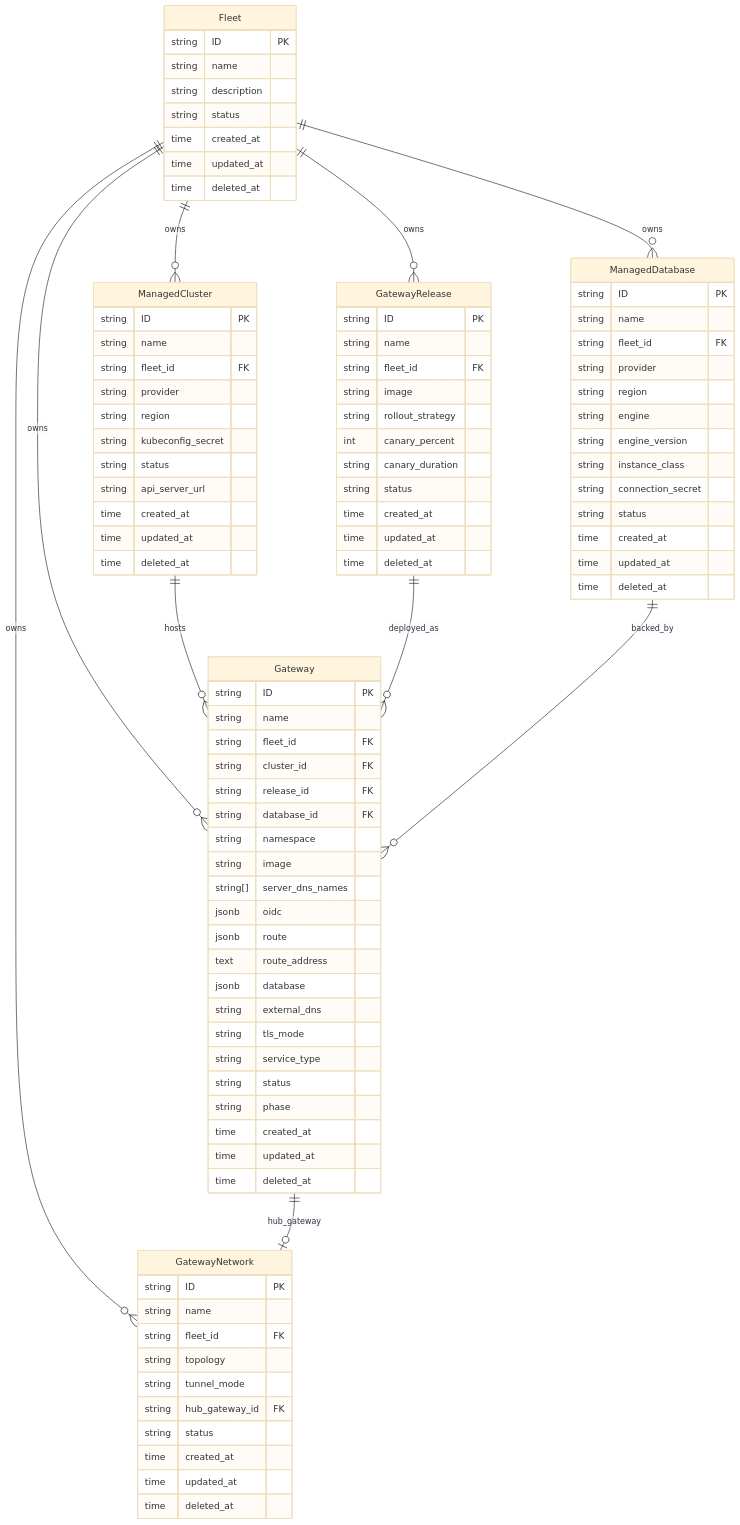
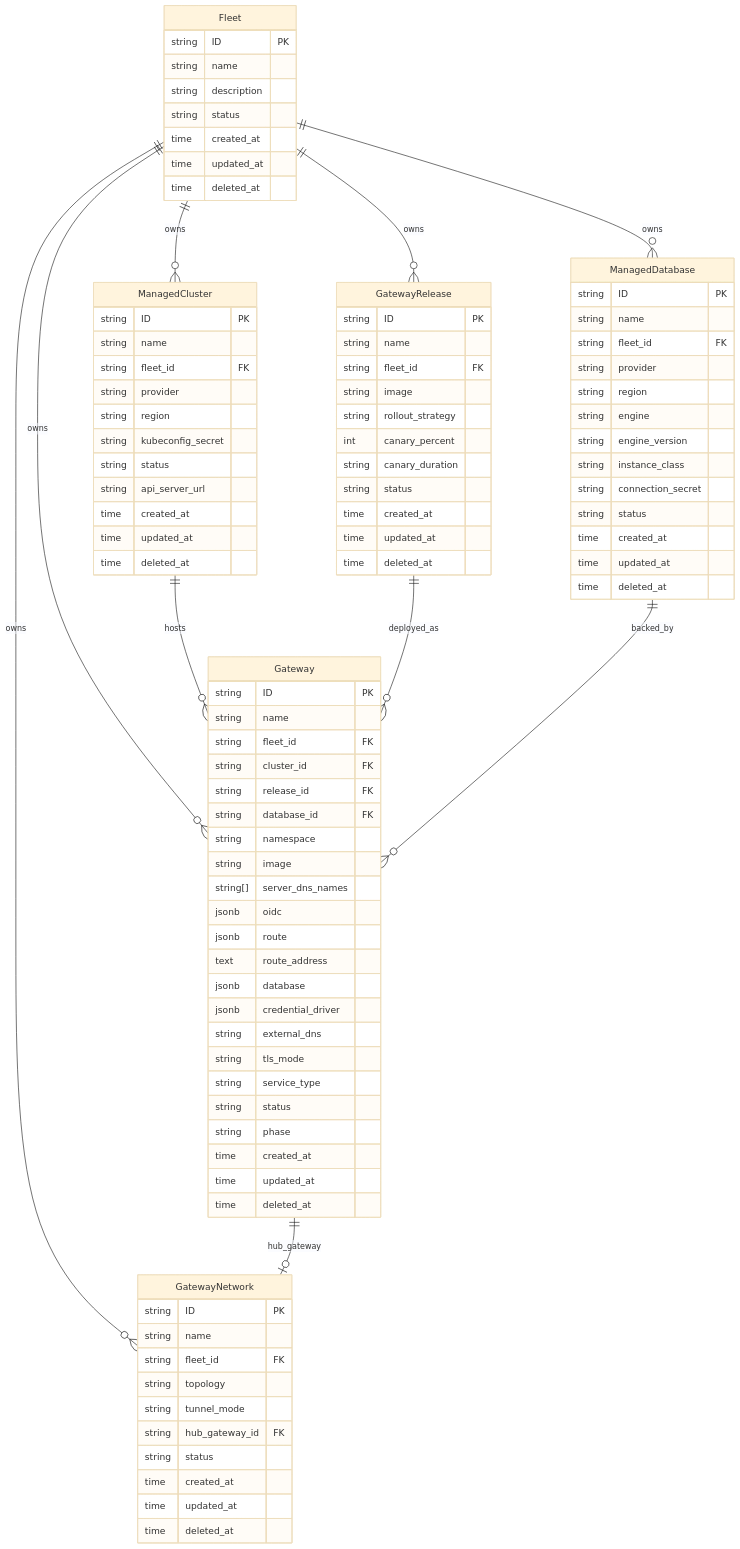
Before and after one commit to JGiola/hypershell: the diagram in specs/platform/data-model.spec.md, drawn with Mermaid (base theme). The commit also changed other lines of this file and 44 other files, not shown here.

First line of the commit message:
feat(gateway): implement credential storage driver support (#101)

```diff
--- a/specs/platform/data-model.spec.md
+++ b/specs/platform/data-model.spec.md
@@ -87,6 +87,7 @@
         jsonb route
         text route_address
         jsonb database
+        jsonb credential_driver
         string external_dns
         string tls_mode
         string service_type
```
